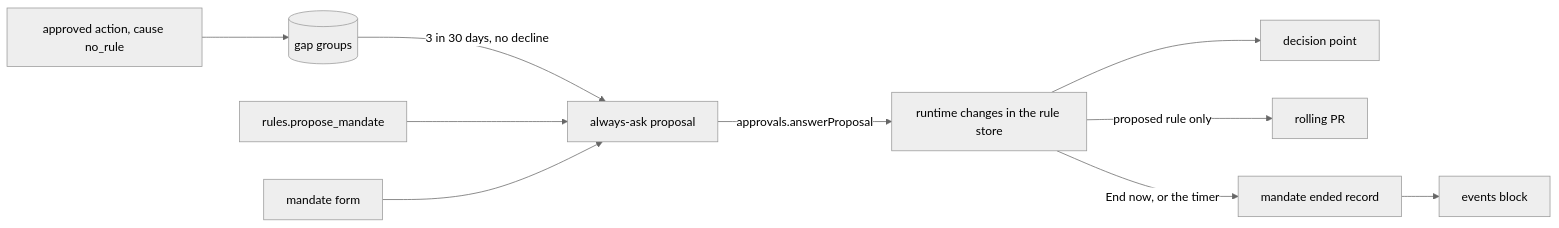
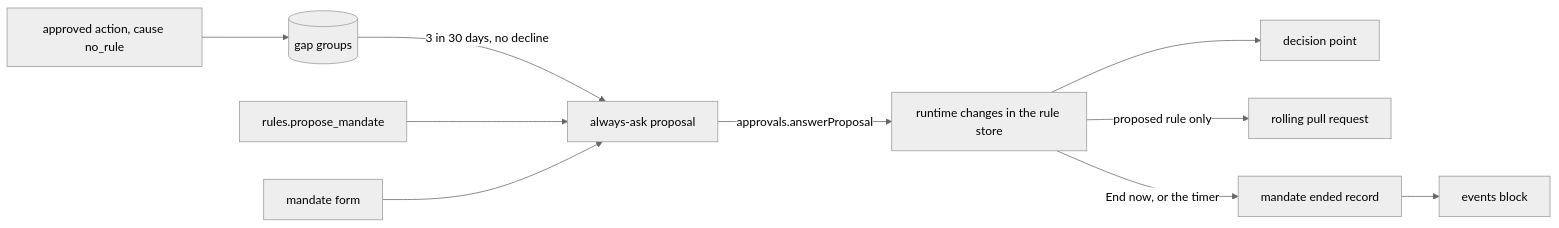
The diagram in docs/design/queue/proposed-rules-and-mandates.md (zgeoff/nixie), drawn with Mermaid (neutral theme) before and after one commit. The commit also changed other lines of this file, not shown here.

Commit message:
docs: redraft the proposed rules design after a cold read

````diff
--- a/docs/design/queue/proposed-rules-and-mandates.md
+++ b/docs/design/queue/proposed-rules-and-mandates.md
@@ -23,12 +42,12 @@
 ```mermaid
 flowchart LR
   gap["approved action, cause no_rule"] --> group[(gap groups)]
   group -->|"3 in 30 days, no decline"| proposal[always-ask proposal]
   chat["rules.propose_mandate"] --> proposal
   form[mandate form] --> proposal
   proposal -->|"approvals.answerProposal"| store[runtime changes in the rule store]
   store --> decide[decision point]
-  store -->|"proposed rule only"| export[rolling PR]
+  store -->|"proposed rule only"| export[rolling pull request]
   store -->|"End now, or the timer"| ended[mandate ended record]
   ended --> events[events block]
 ```
````
